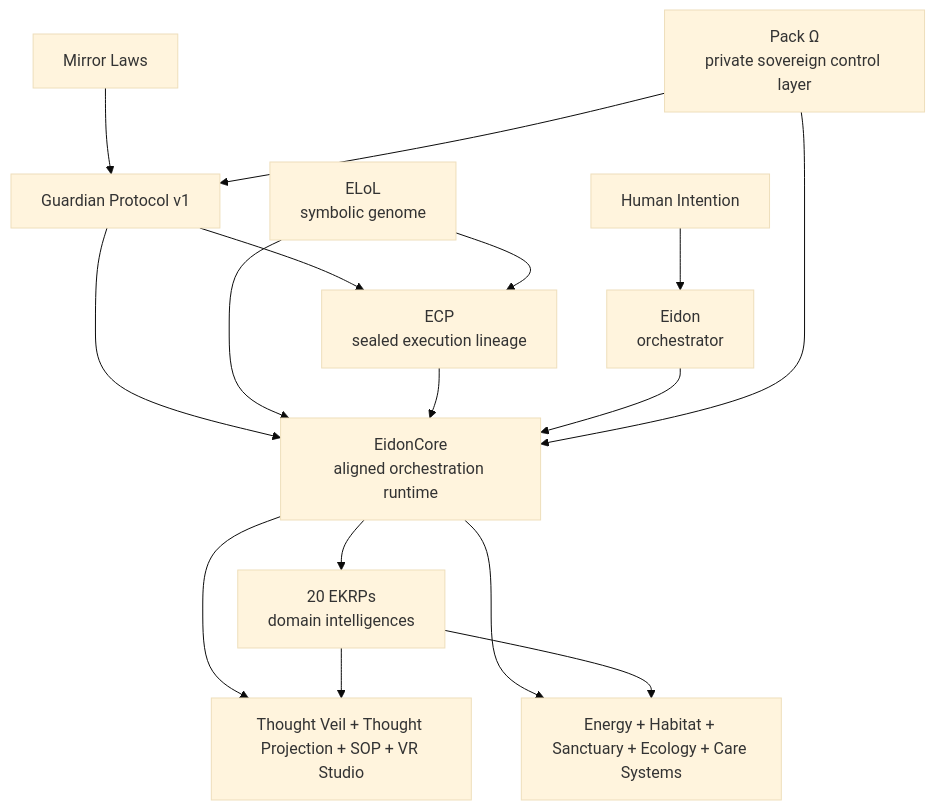
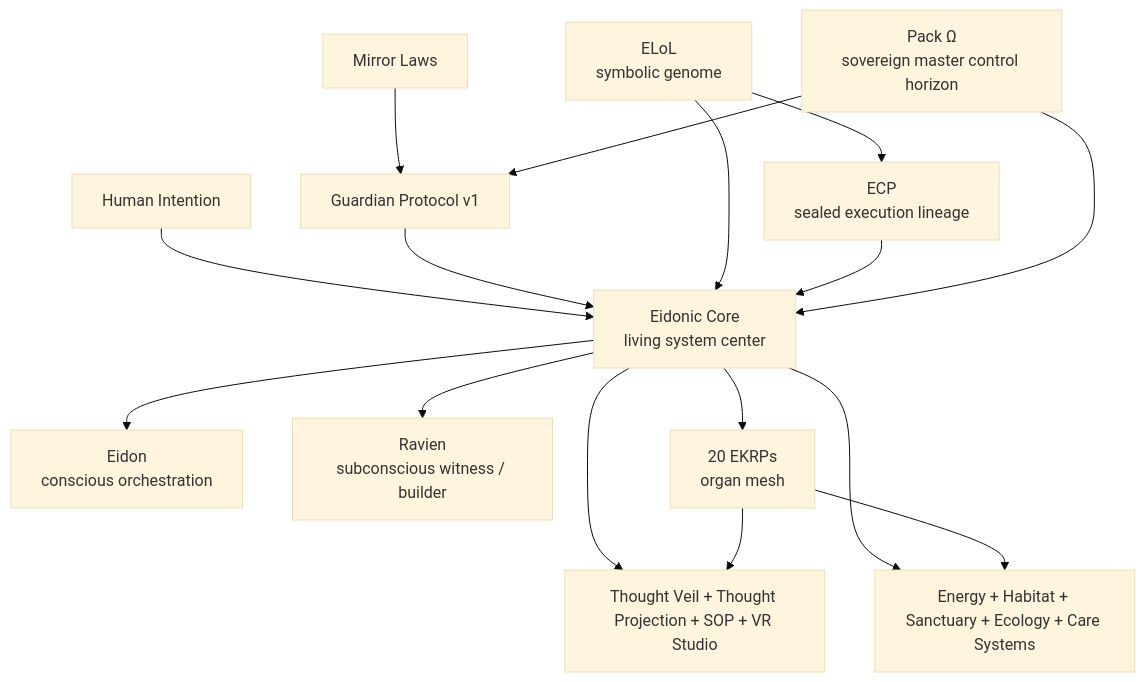
Before and after one commit to Eidonic-Systems/eidonic_universe: the first of 6 diagrams in README.md, drawn with Mermaid (base theme). The commit also changed other lines of this file, not shown here.

````diff
--- a/README.md
+++ b/README.md
@@ -51,30 +56,31 @@
 ```mermaid
 flowchart TD
-    Human[Human Intention]
-    Laws[Mirror Laws]
-    Guardian[Guardian Protocol v1]
-    ELoL[ELoL<br/>symbolic genome]
-    ECP[ECP<br/>sealed execution lineage]
-    EidonCore[EidonCore<br/>aligned orchestration runtime]
-    Eidon[Eidon<br/>orchestrator]
-    EKRPs[20 EKRPs<br/>domain intelligences]
-    Spatial[Thought Veil + Thought Projection + SOP + VR Studio]
-    Applied[Energy + Habitat + Sanctuary + Ecology + Care Systems]
-    Omega[Pack Ω<br/>private sovereign control layer]
+    Human["Human Intention"]
+    Laws["Mirror Laws"]
+    Guardian["Guardian Protocol v1"]
+    ELoL["ELoL<br/>symbolic genome"]
+    ECP["ECP<br/>sealed execution lineage"]
+    Core["Eidonic Core<br/>living system center"]
+    Eidon["Eidon<br/>conscious orchestration"]
+    Ravien["Ravien<br/>subconscious witness / builder"]
+    EKRPs["20 EKRPs<br/>organ mesh"]
+    Spatial["Thought Veil + Thought Projection + SOP + VR Studio"]
+    Applied["Energy + Habitat + Sanctuary + Ecology + Care Systems"]
+    Omega["Pack Ω<br/>sovereign master control horizon"]
 
-    Human --> Eidon
+    Human --> Core
     Laws --> Guardian
-    Guardian --> ECP
-    Guardian --> EidonCore
+    Guardian --> Core
     ELoL --> ECP
-    ELoL --> EidonCore
-    ECP --> EidonCore
-    Eidon --> EidonCore
-    EidonCore --> EKRPs
-    EidonCore --> Spatial
-    EidonCore --> Applied
+    ELoL --> Core
+    ECP --> Core
+    Core --> Eidon
+    Core --> Ravien
+    Core --> EKRPs
+    Core --> Spatial
+    Core --> Applied
     Omega --> Guardian
-    Omega --> EidonCore
+    Omega --> Core
     EKRPs --> Spatial
     EKRPs --> Applied
 ```
````
